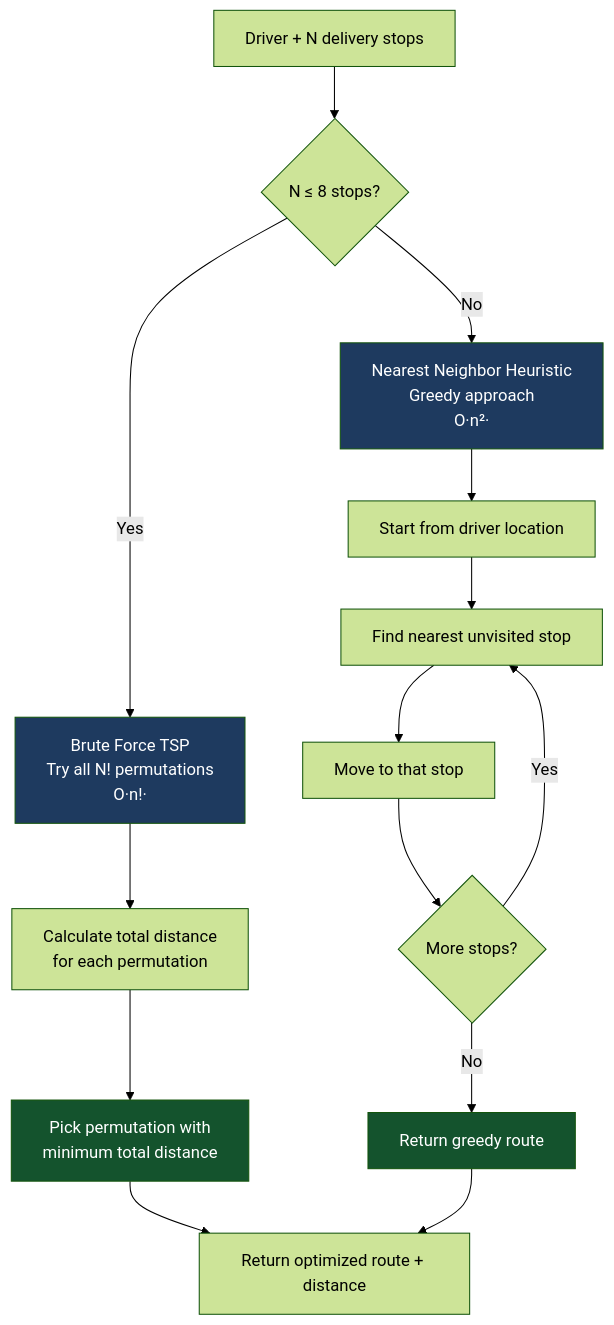
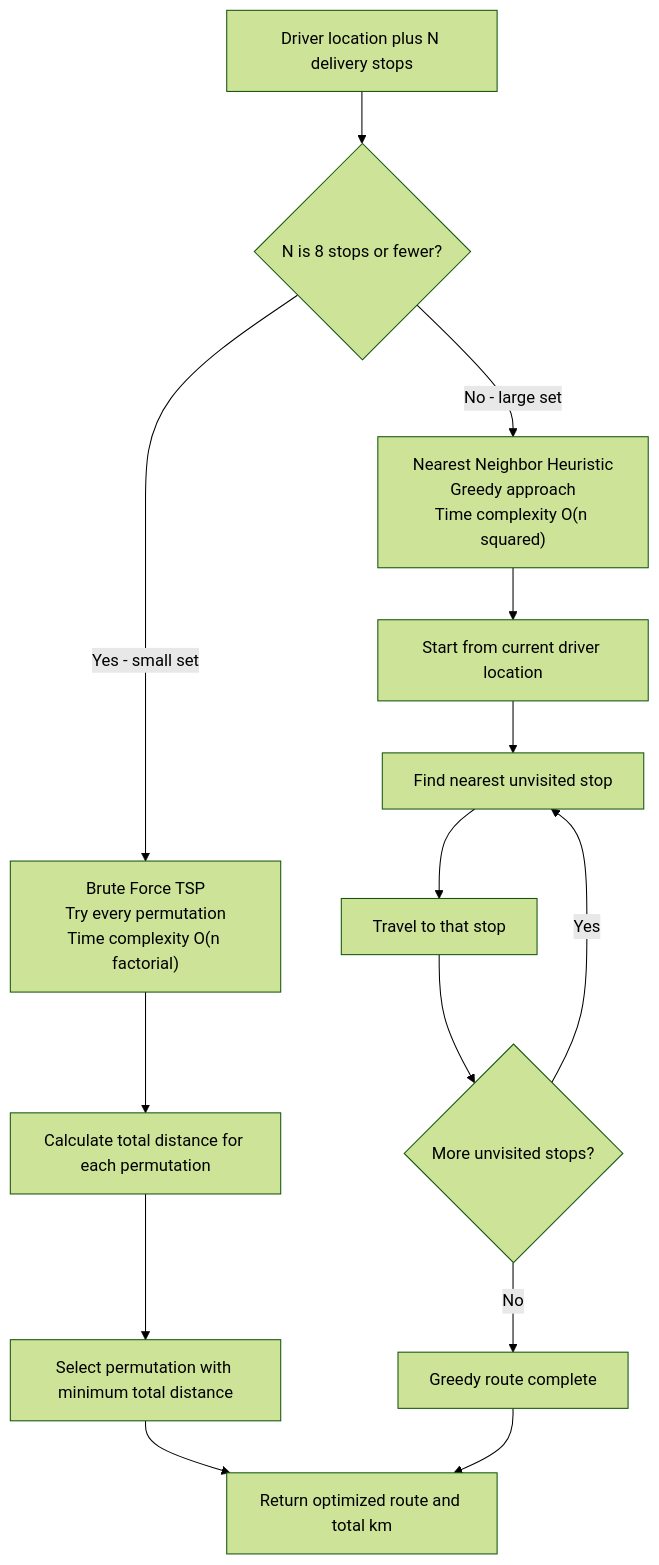
The sixth of 10 diagrams in README.md (RAJ-ARYAN-NITK/martensite), drawn with Mermaid (forest theme) before and after one commit. The commit also changed other lines of this file, not shown here.

````diff
--- a/README.md
+++ b/README.md
@@ -285,25 +263,20 @@
 ```mermaid
 flowchart TD
-    A[Driver + N delivery stops] --> B{N ≤ 8 stops?}
+    A["Driver location plus N delivery stops"] --> B{"N is 8 stops or fewer?"}
 
-    B -->|Yes| C[Brute Force TSP\nTry all N! permutations\nO·n!·]
-    B -->|No| D[Nearest Neighbor Heuristic\nGreedy approach\nO·n²·]
+    B -->|Yes - small set| C["Brute Force TSP\nTry every permutation\nTime complexity O(n factorial)"]
+    B -->|No - large set| D["Nearest Neighbor Heuristic\nGreedy approach\nTime complexity O(n squared)"]
 
-    C --> E[Calculate total distance\nfor each permutation]
-    E --> F[Pick permutation with\nminimum total distance]
+    C --> E["Calculate total distance for each permutation"]
+    E --> F["Select permutation with minimum total distance"]
 
-    D --> G[Start from driver location]
-    G --> H[Find nearest unvisited stop]
-    H --> I[Move to that stop]
-    I --> J{More stops?}
+    D --> G["Start from current driver location"]
+    G --> H["Find nearest unvisited stop"]
+    H --> I["Travel to that stop"]
+    I --> J{"More unvisited stops?"}
     J -->|Yes| H
-    J -->|No| K[Return greedy route]
+    J -->|No| K["Greedy route complete"]
 
-    F --> L[Return optimized route + distance]
+    F --> L["Return optimized route and total km"]
     K --> L
-
-    style C fill:#1e3a5f,color:#fff
-    style D fill:#1e3a5f,color:#fff
-    style F fill:#14532d,color:#fff
-    style K fill:#14532d,color:#fff
 ```
````
